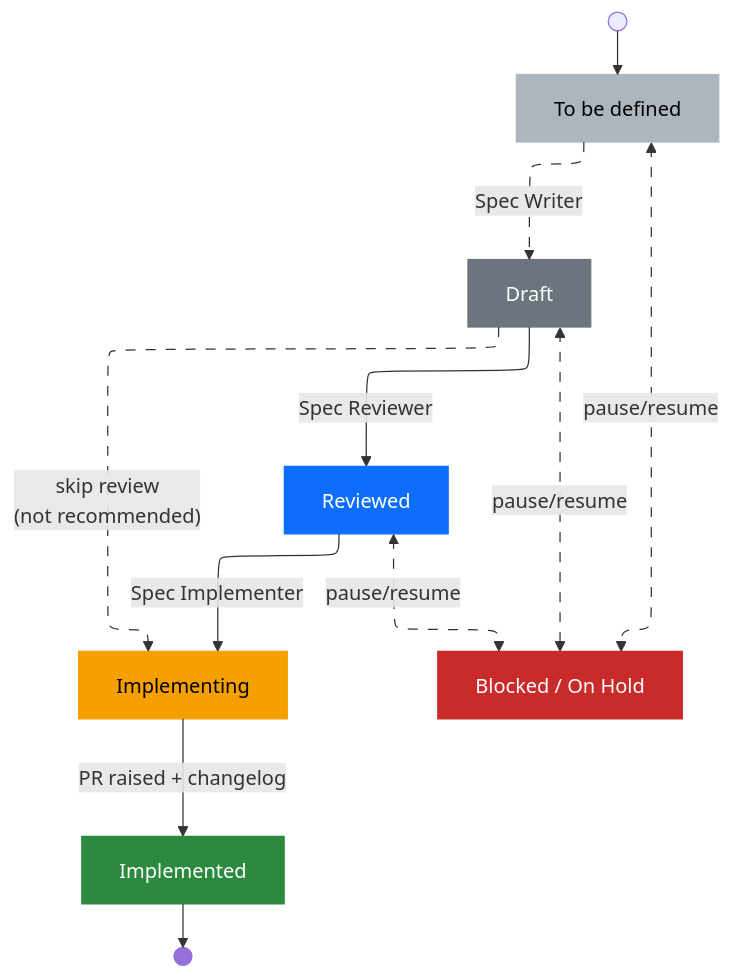
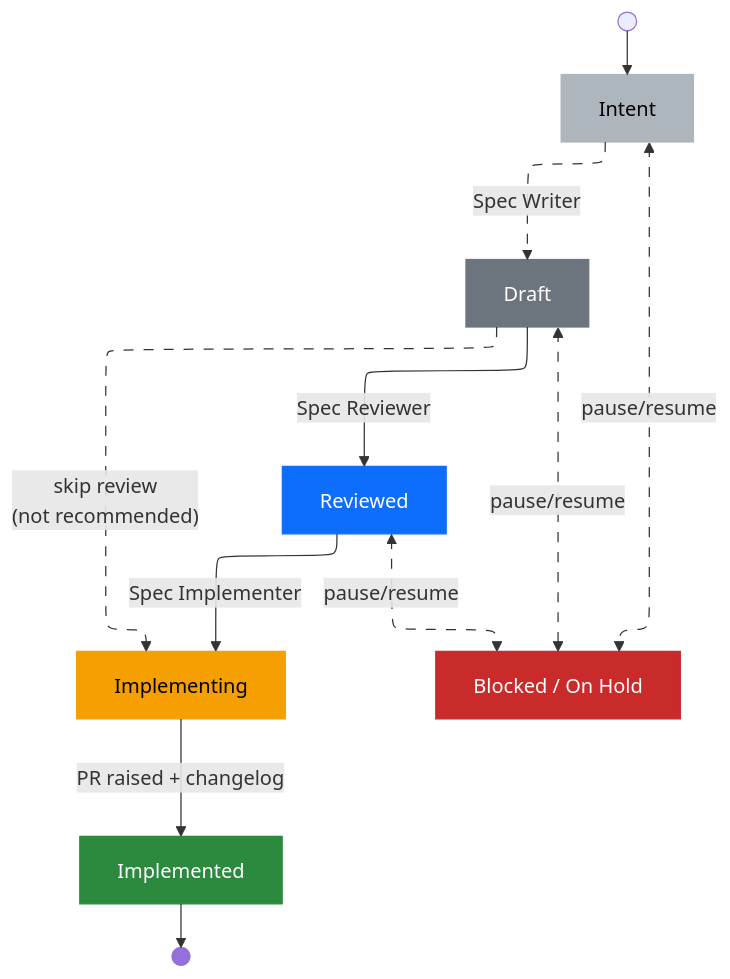
Before and after one commit to sergehas/ganttee: the diagram in docs/specs/README.md, drawn with Mermaid. The commit also changed other lines of this file and 5 other files, not shown here.

Commit message:
docs(specs): update spec status from 'Intend' to 'Intent'

````diff
--- a/docs/specs/README.md
+++ b/docs/specs/README.md
@@ -23,35 +23,35 @@
 ```mermaid
 ---
 config:
   layout: elk
 ---
 flowchart TB
     START(( )) --> TBD
-    TBD["To be defined"] -->|Spec Writer| DRAFT["Draft"]
+    TBD["Intent"] -->|Spec Writer| DRAFT["Draft"]
     DRAFT -->|Spec Reviewer| REVIEWED["Reviewed"]
     DRAFT -->|"skip review\n(not recommended)"| IMPL["Implementing"]
     REVIEWED -->|Spec Implementer| IMPL
     IMPL -->|PR raised + changelog| DONE["Implemented"]
     DONE -->A@{ shape: f-circ, label: "end" }
 
     TBD <-->|pause/resume| PAUSED["Blocked / On Hold"]
     DRAFT <-->|pause/resume| PAUSED
     REVIEWED <-->|pause/resume| PAUSED
 
     %% Dash the optional / exceptional paths (review branch, skip, side-states)
     linkStyle 1,3,7,8,9 stroke-dasharray:8 8
 
     classDef toBeDefined fill:#ADB5BD,color:#000000,stroke:#ADB5BD
     classDef draft fill:#6C757D,color:#FFFFFF,stroke:#6C757D
     classDef reviewed fill:#0D6EFD,color:#FFFFFF,stroke:#0D6EFD
     classDef implementing fill:#F59F00,color:#000000,stroke:#F59F00
     classDef implemented fill:#2B8A3E,color:#FFFFFF,stroke:#2B8A3E
     classDef paused fill:#C92A2A,color:#FFFFFF,stroke:#C92A2A
 
     class TBD toBeDefined
     class DRAFT draft
     class REVIEWED reviewed
     class IMPL implementing
     class DONE implemented
     class PAUSED paused
 ```
````
